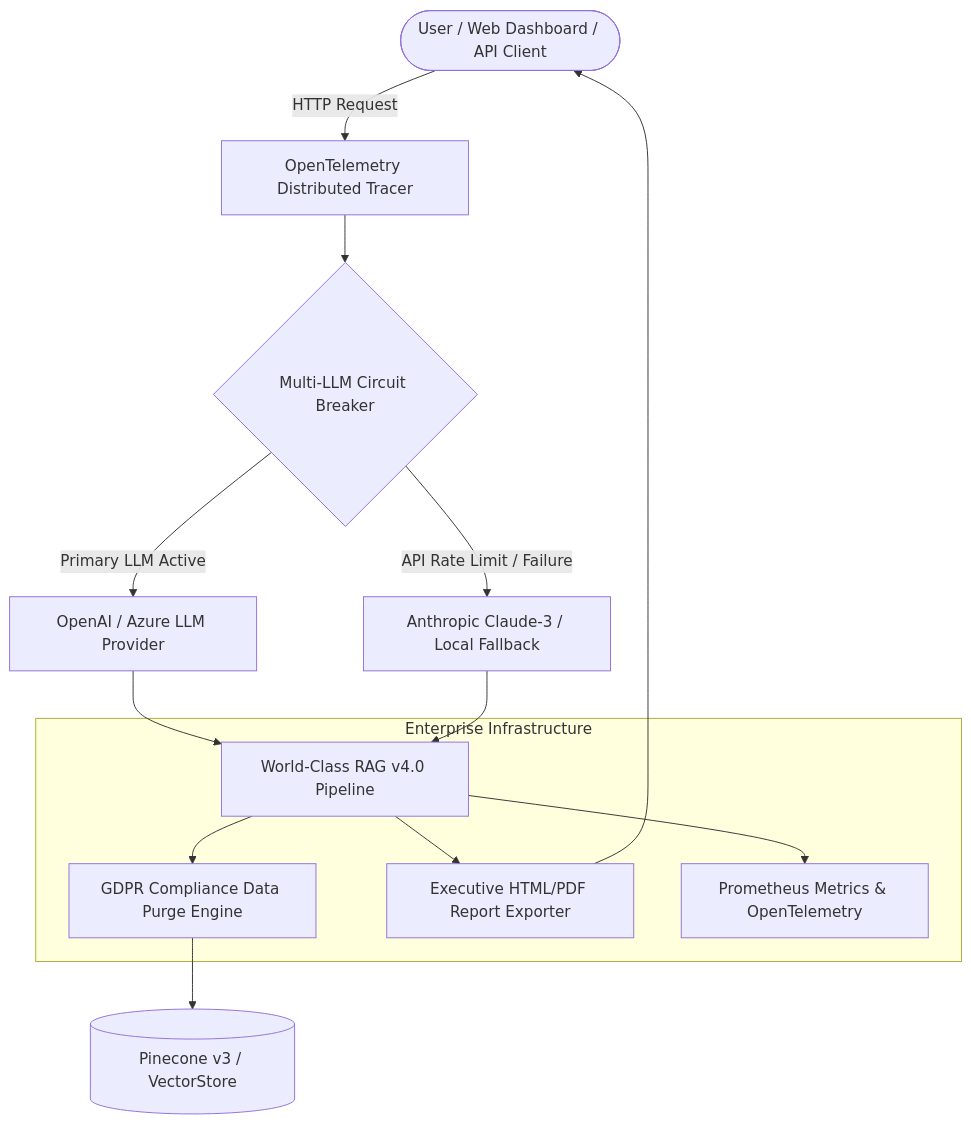
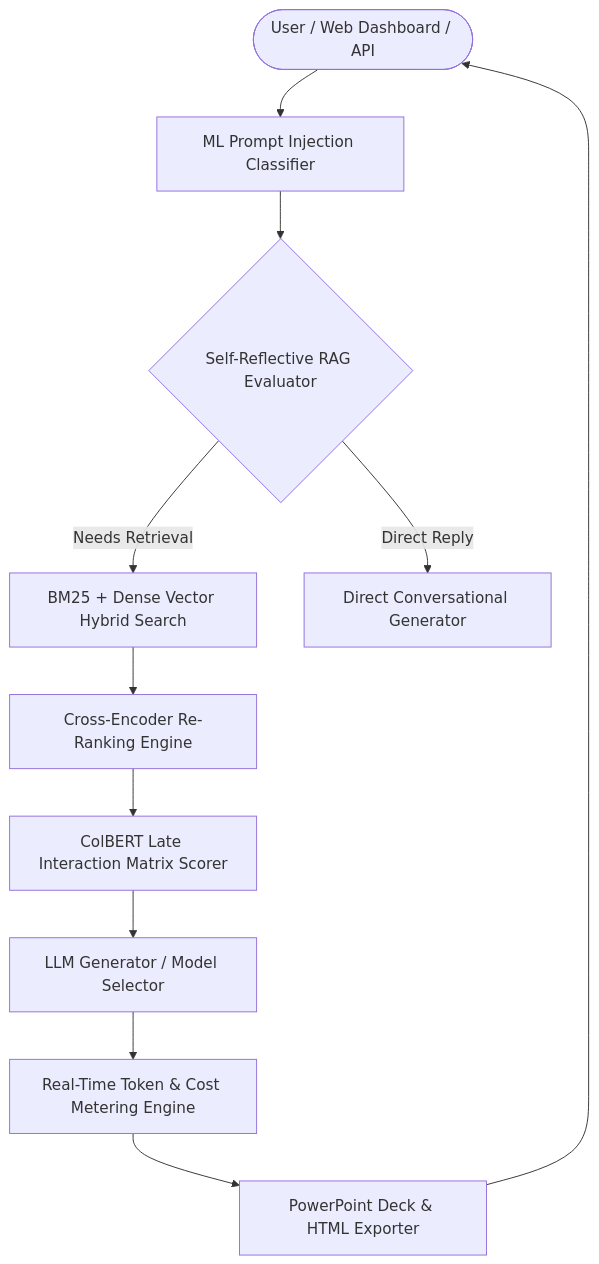
One commit to udbhav968-creator/RAG-PROJECT changed the diagram in README.md. Above: the diagram before and after it, drawn with Mermaid. The commit also changed other lines of this file and 15 other files, not shown here.

Commit message:
feat(v5.0): release Next-Gen Enterprise Suite with Re-Ranker, Code Sandbox, Self-RAG, Cost Meter, PPTX Exporter, and ArgoCD Rollouts

````diff
--- a/README.md
+++ b/README.md
@@ -28,20 +28,17 @@
 ```mermaid
 flowchart TD
-    User([User / Web Dashboard / API Client]) -->|HTTP Request| Tracing[OpenTelemetry Distributed Tracer]
-    Tracing --> CircuitBreaker{Multi-LLM Circuit Breaker}
+    User([User / Web Dashboard / API]) --> MLClassifier[ML Prompt Injection Classifier]
+    MLClassifier --> SelfRAG{Self-Reflective RAG Evaluator}
     
-    CircuitBreaker -- Primary LLM Active --> Primary[OpenAI / Azure LLM Provider]
-    CircuitBreaker -- API Rate Limit / Failure --> Failover[Anthropic Claude-3 / Local Fallback]
+    SelfRAG -->|Needs Retrieval| HybridSearch[BM25 + Dense Vector Hybrid Search]
+    SelfRAG -->|Direct Reply| FastReply[Direct Conversational Generator]
     
-    Primary --> RAGPipeline[World-Class RAG v4.0 Pipeline]
-    Failover --> RAGPipeline
+    HybridSearch --> ReRanker[Cross-Encoder Re-Ranking Engine]
+    ReRanker --> ColBERT[ColBERT Late Interaction Matrix Scorer]
     
-    subgraph Enterprise Infrastructure
-        RAGPipeline --> GDPR[GDPR Compliance Data Purge Engine]
-        RAGPipeline --> ReportGen[Executive HTML/PDF Report Exporter]
-        RAGPipeline --> Telemetry[Prometheus Metrics & OpenTelemetry]
-    end
+    ColBERT --> Generator[LLM Generator / Model Selector]
     
-    GDPR --> VectorStore[(Pinecone v3 / VectorStore)]
-    ReportGen --> User
+    Generator --> CostMeter[Real-Time Token & Cost Metering Engine]
+    CostMeter --> DeckExporter[PowerPoint Deck & HTML Exporter]
+    DeckExporter --> User
 ```
````
